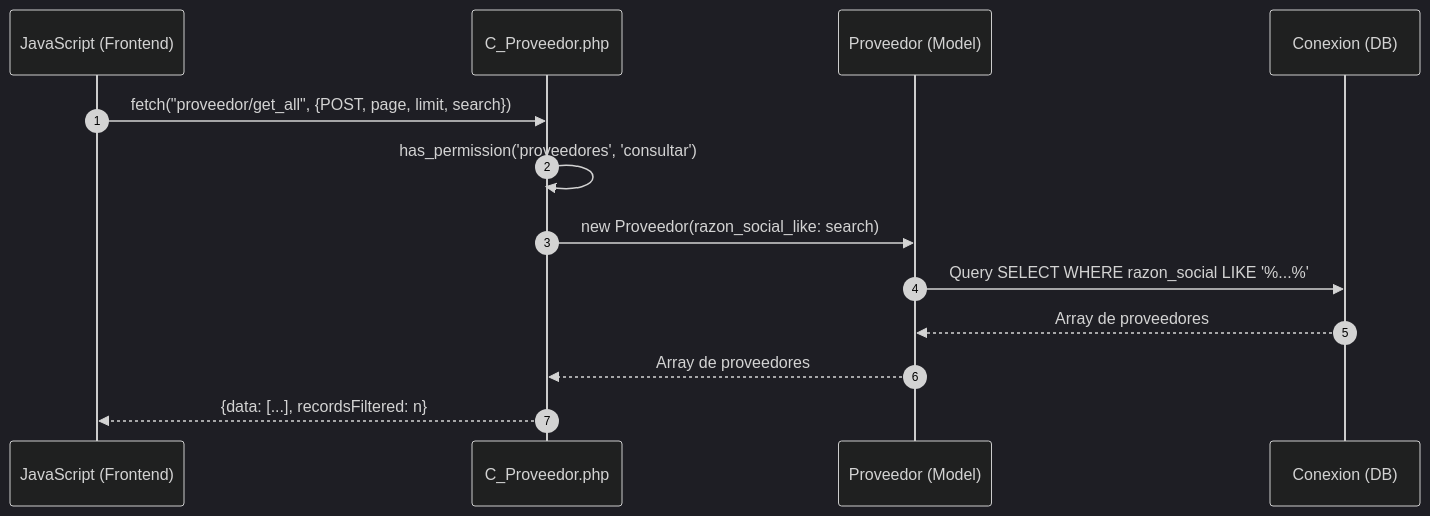
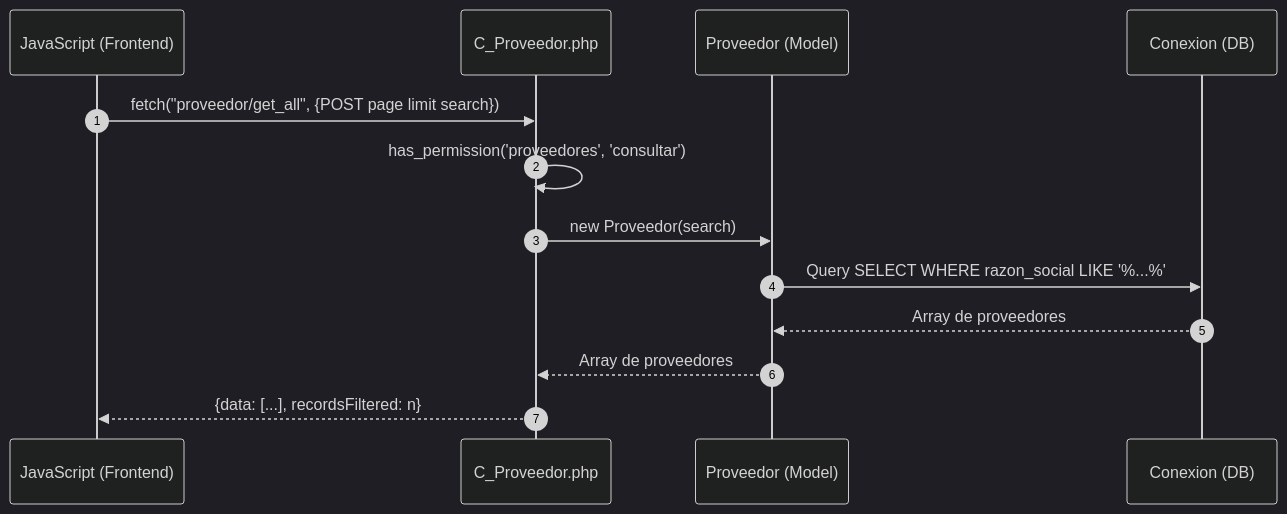
The second of 4 diagrams in docs/secuencia/proveedores/proveedores.md (Tecrato/BurgerHouse), drawn with Mermaid (dark theme) before and after one commit. The commit also changed other lines of this file and 13 other files, not shown here.

Commit message:
diagramas de secuencia

````diff
--- a/docs/secuencia/proveedores/proveedores.md
+++ b/docs/secuencia/proveedores/proveedores.md
@@ -38,19 +31,19 @@
 ```mermaid
 sequenceDiagram
     autonumber
     participant JS as JavaScript (Frontend)
     participant C_Proveedor as C_Proveedor.php
     participant Proveedor as Proveedor (Model)
     participant DB as Conexion (DB)
     
-    JS->>C_Proveedor: fetch("proveedor/get_all", {POST, page, limit, search})
+    JS->>C_Proveedor: fetch("proveedor/get_all", {POST page limit search})
     
     C_Proveedor->>C_Proveedor: has_permission('proveedores', 'consultar')
     
-    C_Proveedor->>Proveedor: new Proveedor(razon_social_like: search)
+    C_Proveedor->>Proveedor: new Proveedor(search)
     Proveedor->>DB: Query SELECT WHERE razon_social LIKE '%...%'
     DB-->>Proveedor: Array de proveedores
     Proveedor-->>C_Proveedor: Array de proveedores
     
     C_Proveedor-->>JS: {data: [...], recordsFiltered: n}
 ```
````
